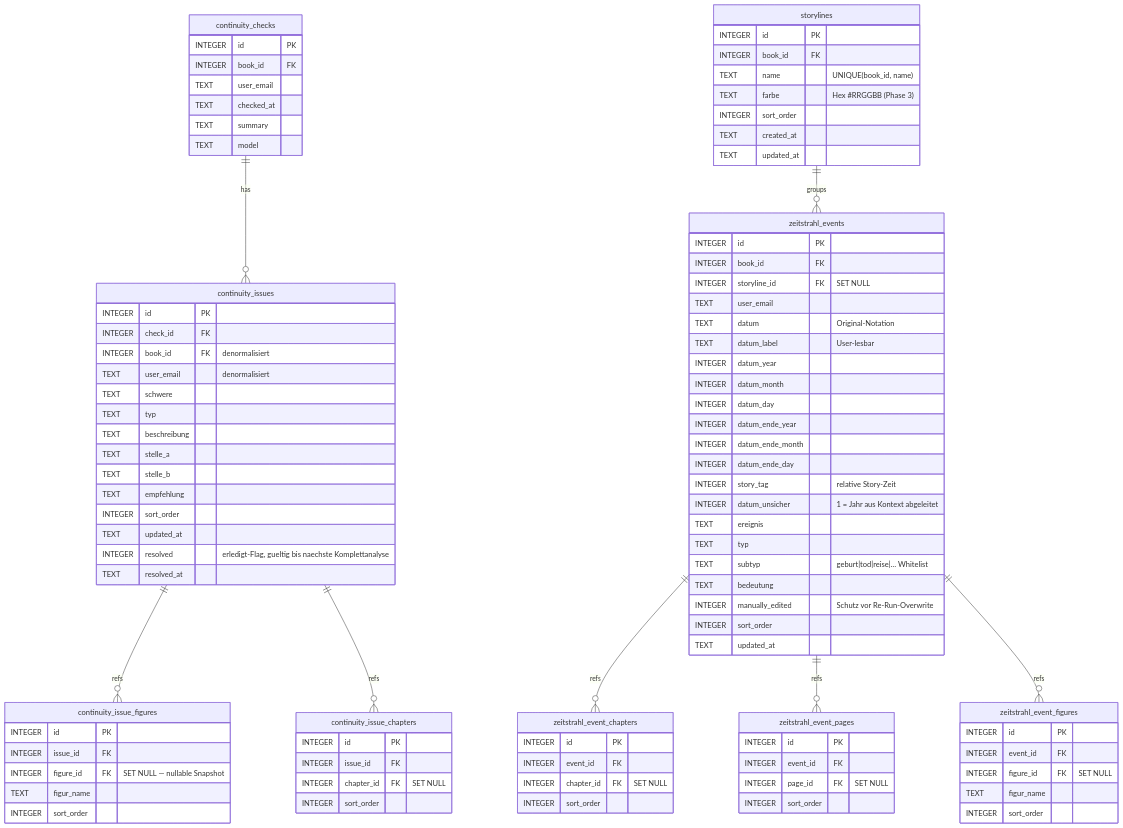
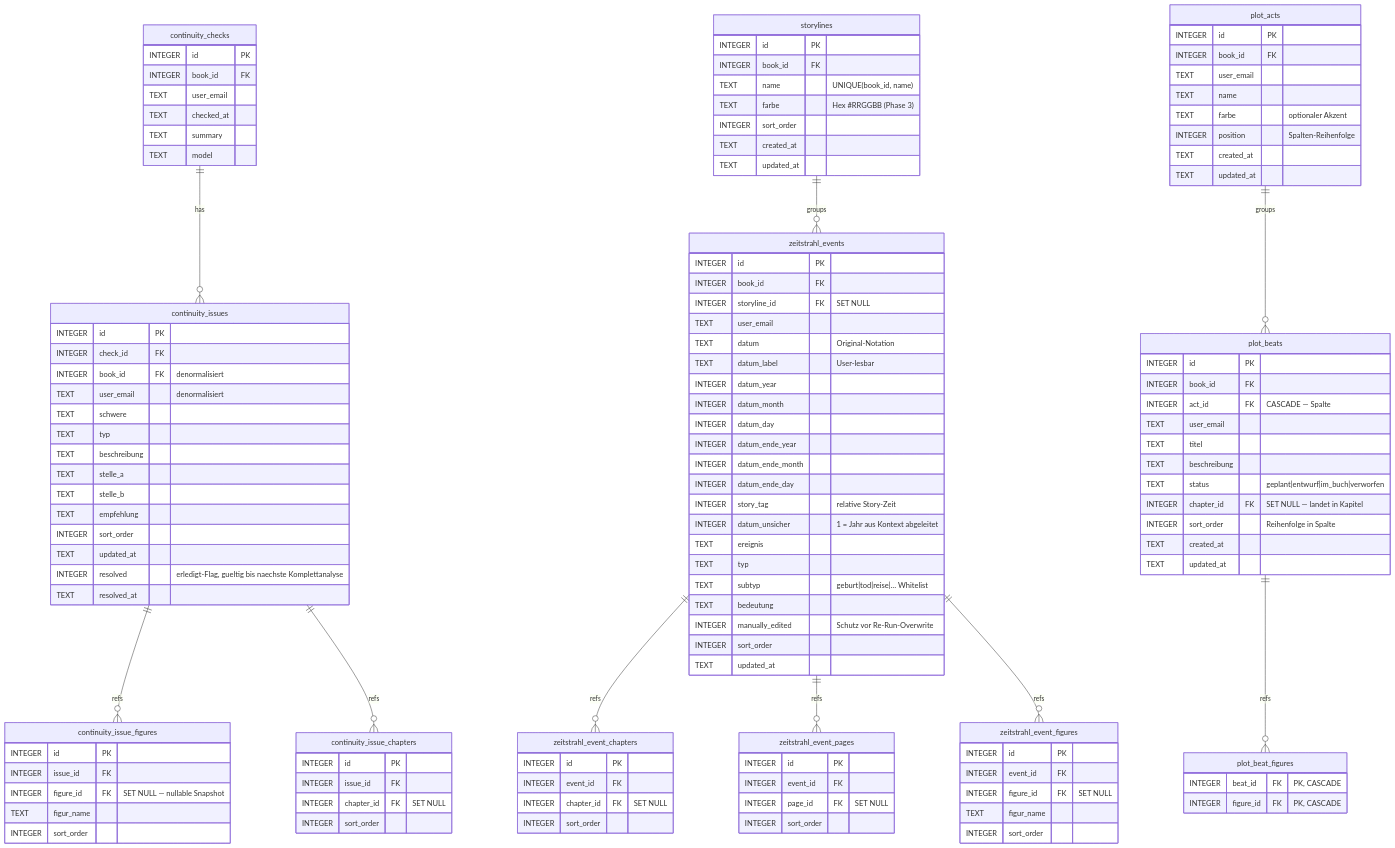
One commit to bedeberger/schreibwerkstatt changed the fifth of 6 diagrams in docs/erd.md. Above: the diagram before and after it, drawn with Mermaid. The commit also changed other lines of this file and 55 other files, not shown here.

````diff
--- a/docs/erd.md
+++ b/docs/erd.md
@@ -659,6 +665,34 @@
     INTEGER sort_order
   }
 
+  plot_acts {
+    INTEGER id          PK
+    INTEGER book_id     FK
+    TEXT    user_email
+    TEXT    name
+    TEXT    farbe        "optionaler Akzent"
+    INTEGER position     "Spalten-Reihenfolge"
+    TEXT    created_at
+    TEXT    updated_at
+  }
+  plot_beats {
+    INTEGER id           PK
+    INTEGER book_id      FK
+    INTEGER act_id       FK "CASCADE — Spalte"
+    TEXT    user_email
+    TEXT    titel
+    TEXT    beschreibung
+    TEXT    status       "geplant|entwurf|im_buch|verworfen"
+    INTEGER chapter_id   FK "SET NULL — landet in Kapitel"
+    INTEGER sort_order   "Reihenfolge in Spalte"
+    TEXT    created_at
+    TEXT    updated_at
+  }
+  plot_beat_figures {
+    INTEGER beat_id   FK "PK, CASCADE"
+    INTEGER figure_id FK "PK, CASCADE"
+  }
+
   continuity_checks ||--o{ continuity_issues          : has
   continuity_issues ||--o{ continuity_issue_figures   : refs
   continuity_issues ||--o{ continuity_issue_chapters  : refs
@@ -666,4 +700,6 @@
   zeitstrahl_events ||--o{ zeitstrahl_event_pages     : refs
   zeitstrahl_events ||--o{ zeitstrahl_event_figures   : refs
   storylines        ||--o{ zeitstrahl_events          : groups
+  plot_acts         ||--o{ plot_beats                 : groups
+  plot_beats        ||--o{ plot_beat_figures          : refs
 ```
````
